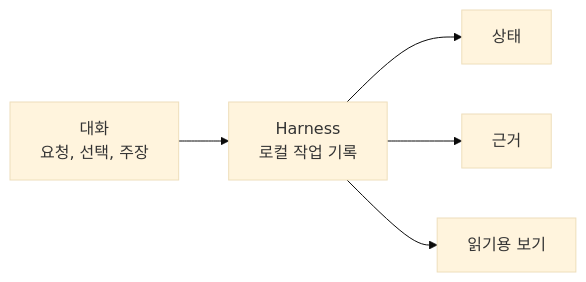
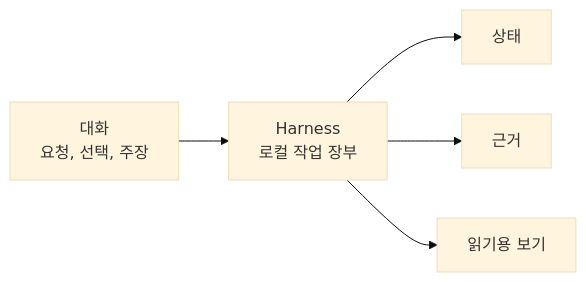
One commit to minjungw00/Volicord changed the diagram in docs/ko/learn/overview.md. Above: the diagram before and after it, drawn with Mermaid (base theme). The commit also changed other lines of this file and 10 other files, not shown here.

````diff
--- a/docs/ko/learn/overview.md
+++ b/docs/ko/learn/overview.md
@@ -25,7 +27,7 @@
 ```mermaid
 flowchart LR
-  Chat["대화<br/>요청, 선택, 주장"] --> Harness["Harness<br/>로컬 작업 기록"]
+  Chat["대화<br/>요청, 선택, 주장"] --> Harness["Harness<br/>로컬 작업 장부"]
   Harness --> State["상태"]
   Harness --> Evidence["근거"]
   Harness --> Views["읽기용 보기"]
 ```
````
